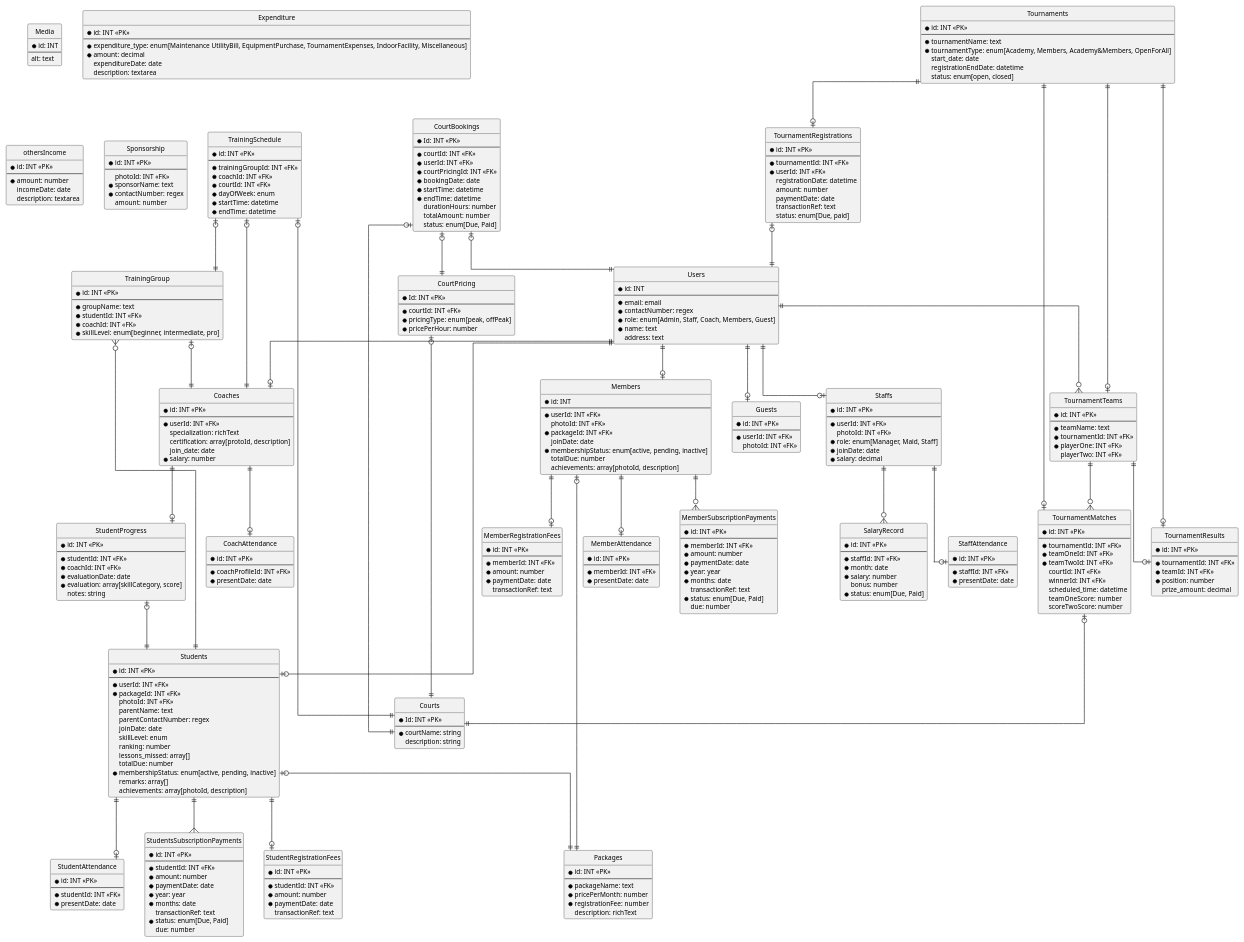
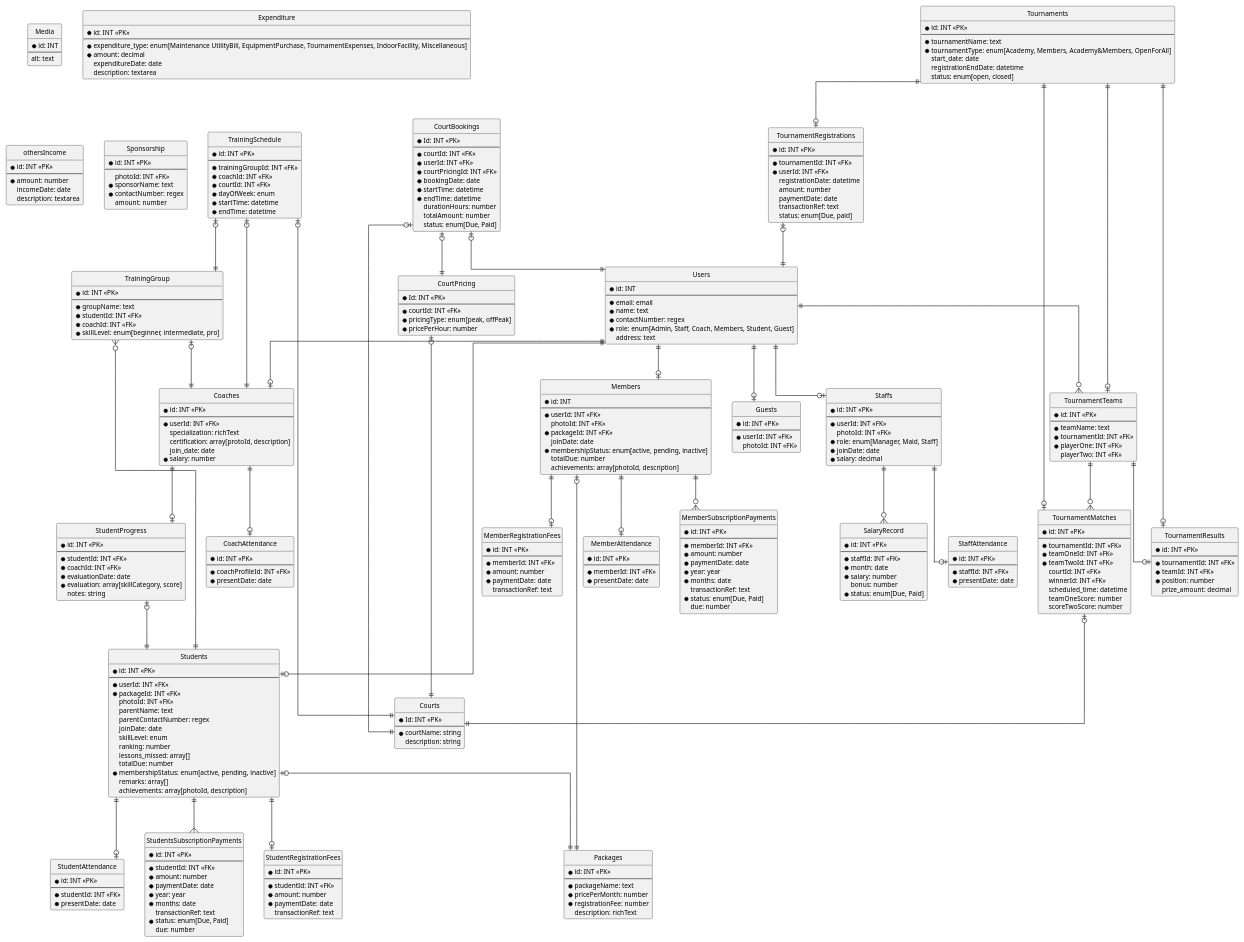
One commit to Badhon303/uusc-ims changed the diagram in docs/uusc-erd.puml. Above: the diagram before and after it, drawn with PlantUML. The commit also changed 3 other files, not shown here.

```diff
--- a/docs/uusc-erd.puml
+++ b/docs/uusc-erd.puml
@@ -12,9 +12,9 @@
   *id: INT
   --
   *email: email
+  *name: text
   *contactNumber: regex
-  *role: enum[Admin, Staff, Coach, Members, Guest]
-  *name: text
+  *role: enum[Admin, Staff, Coach, Members, Student, Guest]
   address: text
 }
 
```
